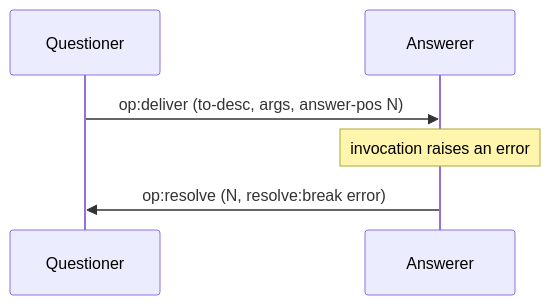
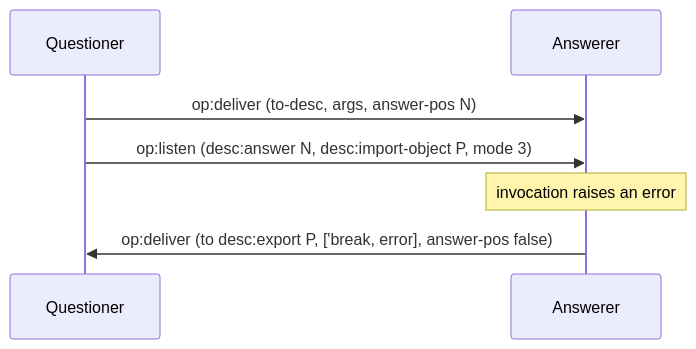
Before and after one commit to glowcap-org/glowcap: the third of 7 diagrams in docs/protocol-diagrams/02-deliver-and-resolve.md, drawn with Mermaid. The commit also changed other lines of this file and 920 other files, not shown here.

````diff
--- a/docs/protocol-diagrams/02-deliver-and-resolve.md
+++ b/docs/protocol-diagrams/02-deliver-and-resolve.md
@@ -48,8 +45,9 @@
 ```mermaid
 sequenceDiagram
     participant Q as Questioner
     participant R as Answerer
     Q->>R: op:deliver (to-desc, args, answer-pos N)
+    Q->>R: op:listen (desc:answer N, desc:import-object P, mode 3)
     Note over R: invocation raises an error
-    R->>Q: op:resolve (N, resolve:break error)
+    R->>Q: op:deliver (to desc:export P, ['break, error], answer-pos false)
 ```
````
